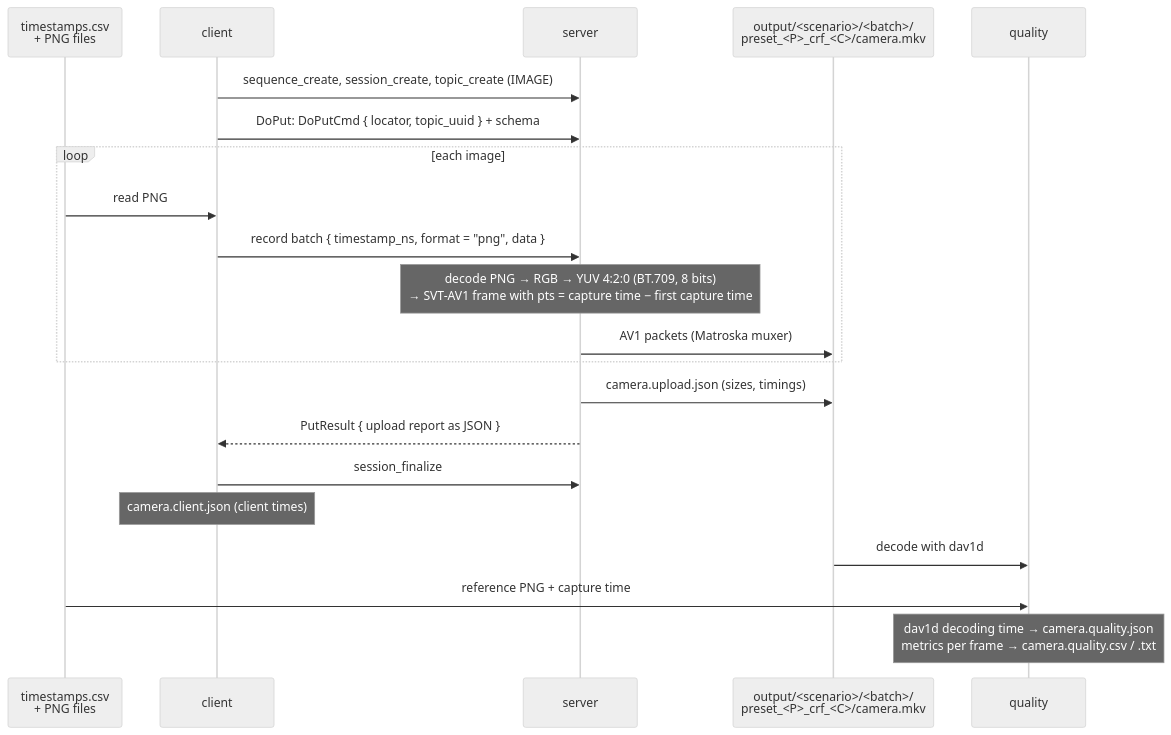
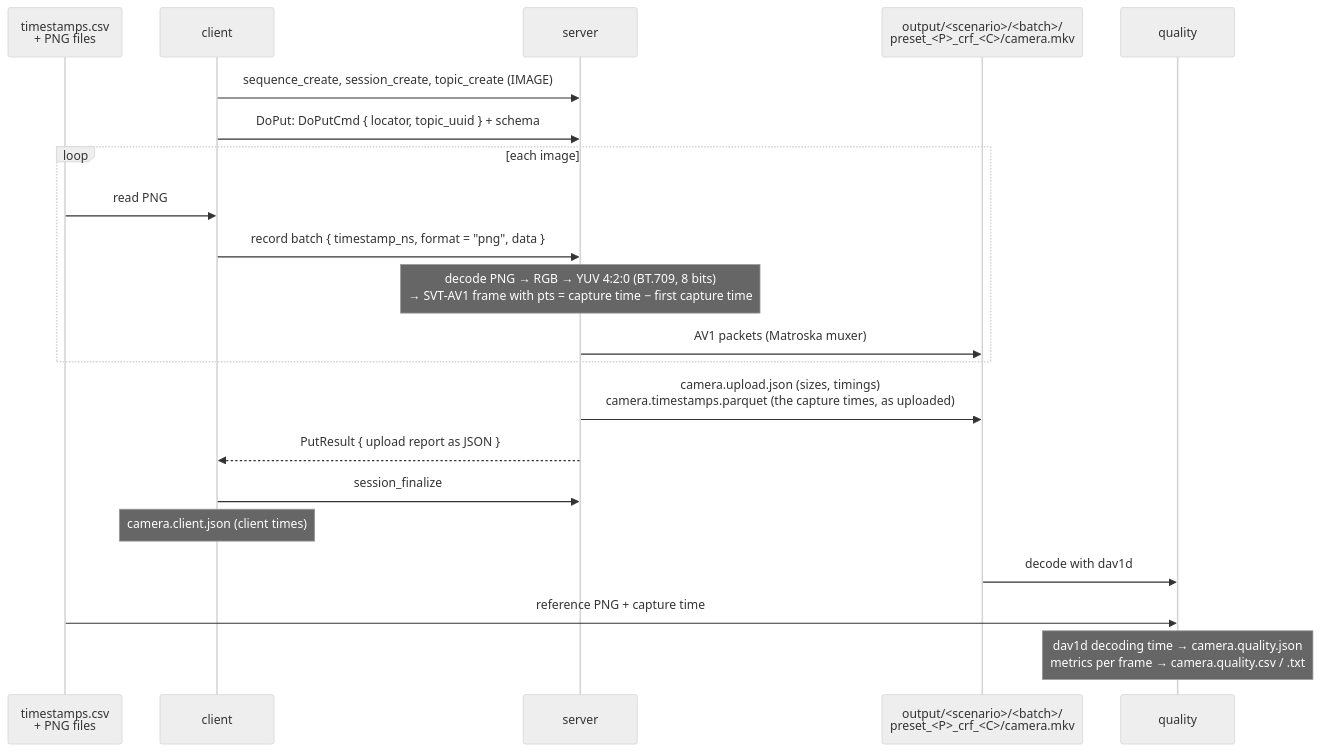
One commit to mosaico-labs/video-pocs changed the first of 2 diagrams in image-sequence/README.md. Above: the diagram before and after it, drawn with Mermaid (neutral theme). The commit also changed other lines of this file, not shown here.

First line of the commit message:
image-sequence: document turning the video back into images in README

````diff
--- a/image-sequence/README.md
+++ b/image-sequence/README.md
@@ -22,24 +26,24 @@
 ```mermaid
 sequenceDiagram
     participant D as timestamps.csv<br/>+ PNG files
     participant C as client
     participant S as server
     participant V as output/<scenario>/<batch>/<br/>preset_<P>_crf_<C>/camera.mkv
     participant Q as quality
 
     C->>S: sequence_create, session_create, topic_create (IMAGE)
     C->>S: DoPut: DoPutCmd { locator, topic_uuid } + schema
     loop each image
         D->>C: read PNG
         C->>S: record batch { timestamp_ns, format = "png", data }
         Note over S: decode PNG → RGB → YUV 4:2:0 (BT.709, 8 bits)<br/>→ SVT-AV1 frame with pts = capture time − first capture time
         S->>V: AV1 packets (Matroska muxer)
     end
-    S->>V: camera.upload.json (sizes, timings)
+    S->>V: camera.upload.json (sizes, timings)<br/>camera.timestamps.parquet (the capture times, as uploaded)
     S-->>C: PutResult { upload report as JSON }
     C->>S: session_finalize
     Note over C: camera.client.json (client times)
     V->>Q: decode with dav1d
     D->>Q: reference PNG + capture time
     Note over Q: dav1d decoding time → camera.quality.json<br/>metrics per frame → camera.quality.csv / .txt
 ```
````
